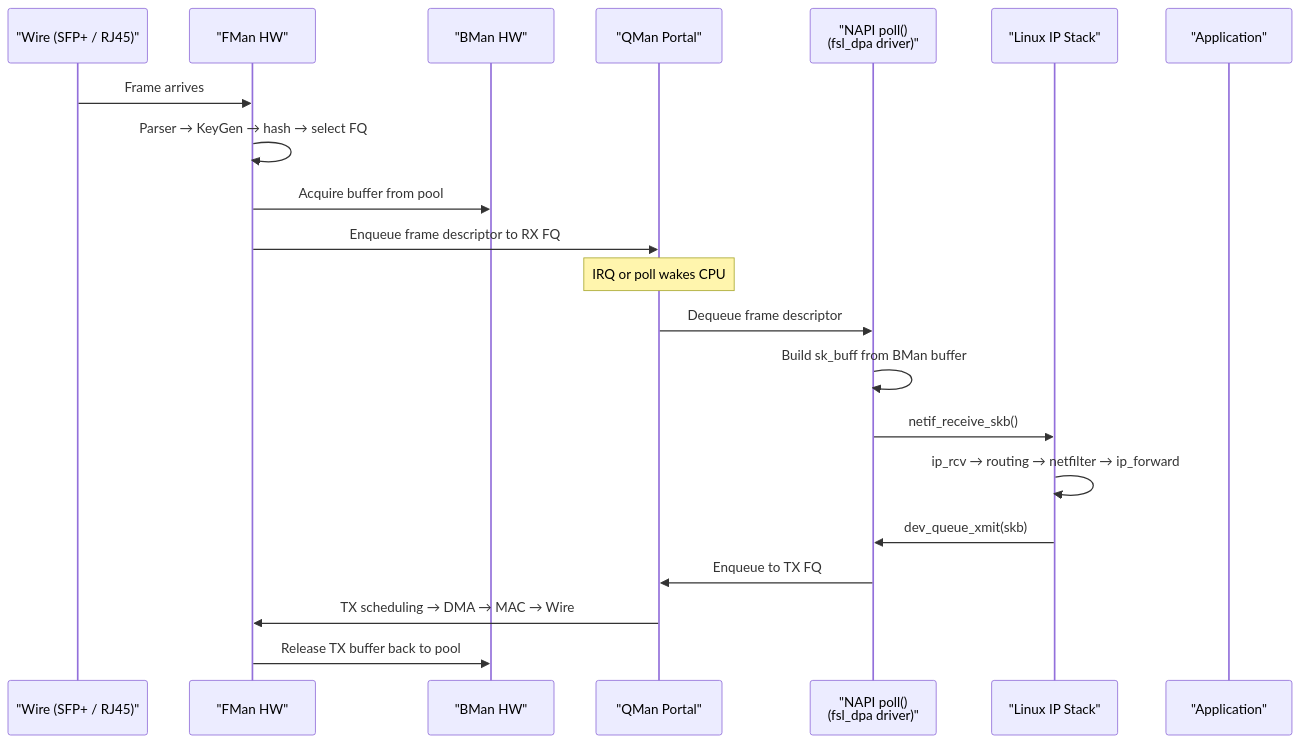
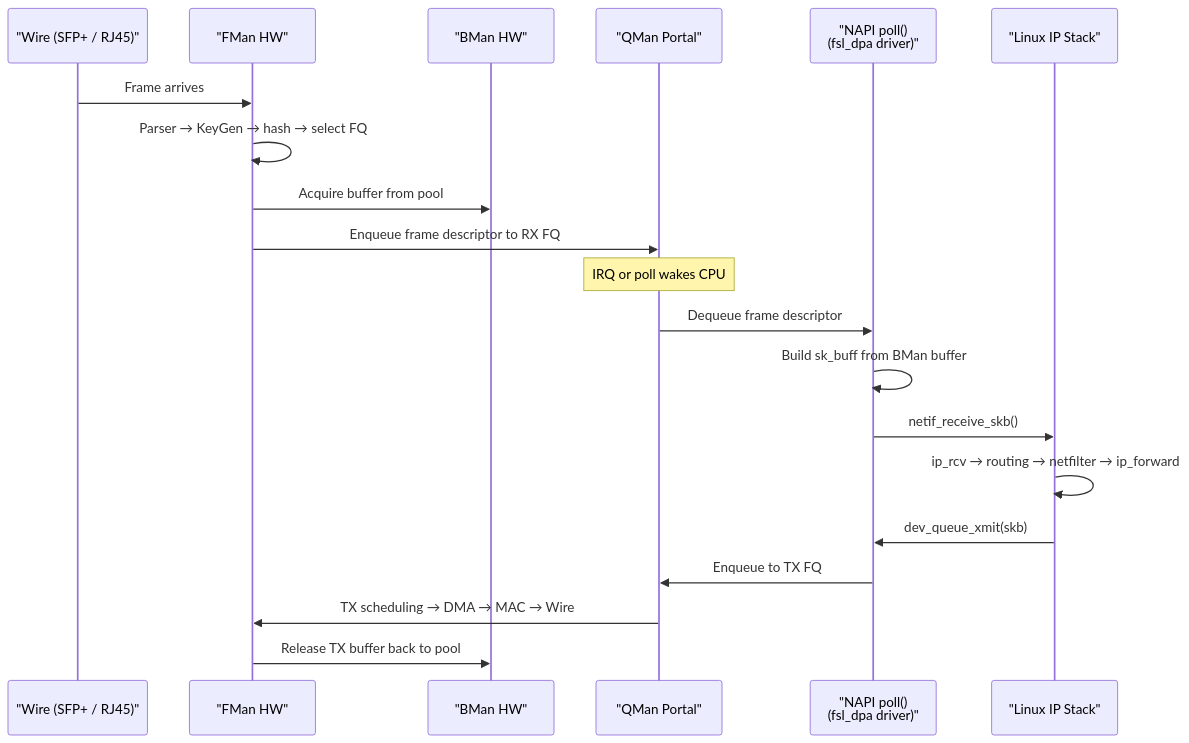
The second of 4 diagrams in plans/NETWORKING-DEEP-DIVE.md (Daegara/vyos-ls1046a-build), drawn with Mermaid before and after one commit. The commit also changed other lines of this file and 9 other files, not shown here.

````diff
--- a/plans/NETWORKING-DEEP-DIVE.md
+++ b/plans/NETWORKING-DEEP-DIVE.md
@@ -111,25 +106,24 @@
 ```mermaid
 sequenceDiagram
     participant Wire as "Wire (SFP+ / RJ45)"
     participant FMan as "FMan HW"
     participant BMan as "BMan HW"
     participant QMan as "QMan Portal"
     participant NAPI as "NAPI poll()<br/>(fsl_dpa driver)"
     participant NetStack as "Linux IP Stack"
-    participant App as "Application"
 
     Wire->>FMan: Frame arrives
     FMan->>FMan: Parser → KeyGen → hash → select FQ
     FMan->>BMan: Acquire buffer from pool
     FMan->>QMan: Enqueue frame descriptor to RX FQ
 
     Note over QMan: IRQ or poll wakes CPU
     QMan->>NAPI: Dequeue frame descriptor
     NAPI->>NAPI: Build sk_buff from BMan buffer
     NAPI->>NetStack: netif_receive_skb()
     NetStack->>NetStack: ip_rcv → routing → netfilter → ip_forward
     NetStack->>NAPI: dev_queue_xmit(skb)
     NAPI->>QMan: Enqueue to TX FQ
     QMan->>FMan: TX scheduling → DMA → MAC → Wire
     FMan->>BMan: Release TX buffer back to pool
 ```
````
